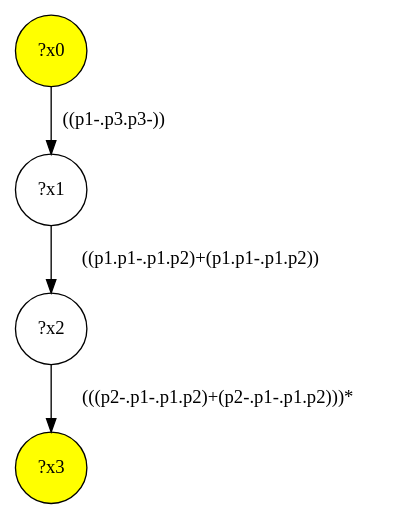
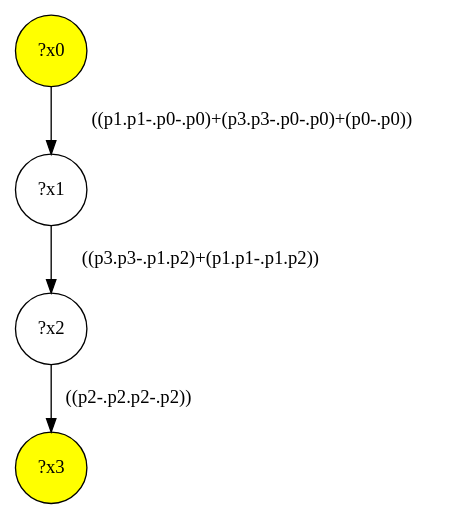
The diagram in src/queryinterface/interface-queries/query-11.dot (gbagan/gmark), drawn with Graphviz before and after one commit. The commit also changed 154 other files, not shown here.

```diff
--- a/src/queryinterface/interface-queries/query-11.dot
+++ b/src/queryinterface/interface-queries/query-11.dot
@@ -1,9 +1,9 @@
 digraph g {
 	x0 [fillcolor="yellow", style="filled," shape=circle, label="?x0"];
 	x3 [fillcolor="yellow", style="filled," shape=circle, label="?x3"];
 	x1 [shape=circle, label="?x1"];
-	x0 -> x1 [label="((p1-.p3.p3-))"];
+	x0 -> x1 [label="((p1.p1-.p0-.p0)+(p3.p3-.p0-.p0)+(p0-.p0))"];
 	x2 [shape=circle, label="?x2"];
-	x1 -> x2 [label="((p1.p1-.p1.p2)+(p1.p1-.p1.p2))"];
-	x2 -> x3 [label="(((p2-.p1-.p1.p2)+(p2-.p1-.p1.p2)))*"];
+	x1 -> x2 [label="((p3.p3-.p1.p2)+(p1.p1-.p1.p2))"];
+	x2 -> x3 [label="((p2-.p2.p2-.p2))"];
 }
```
